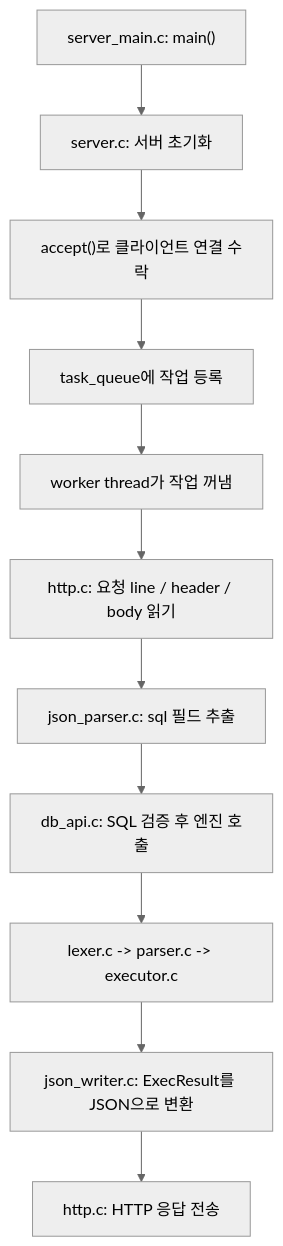
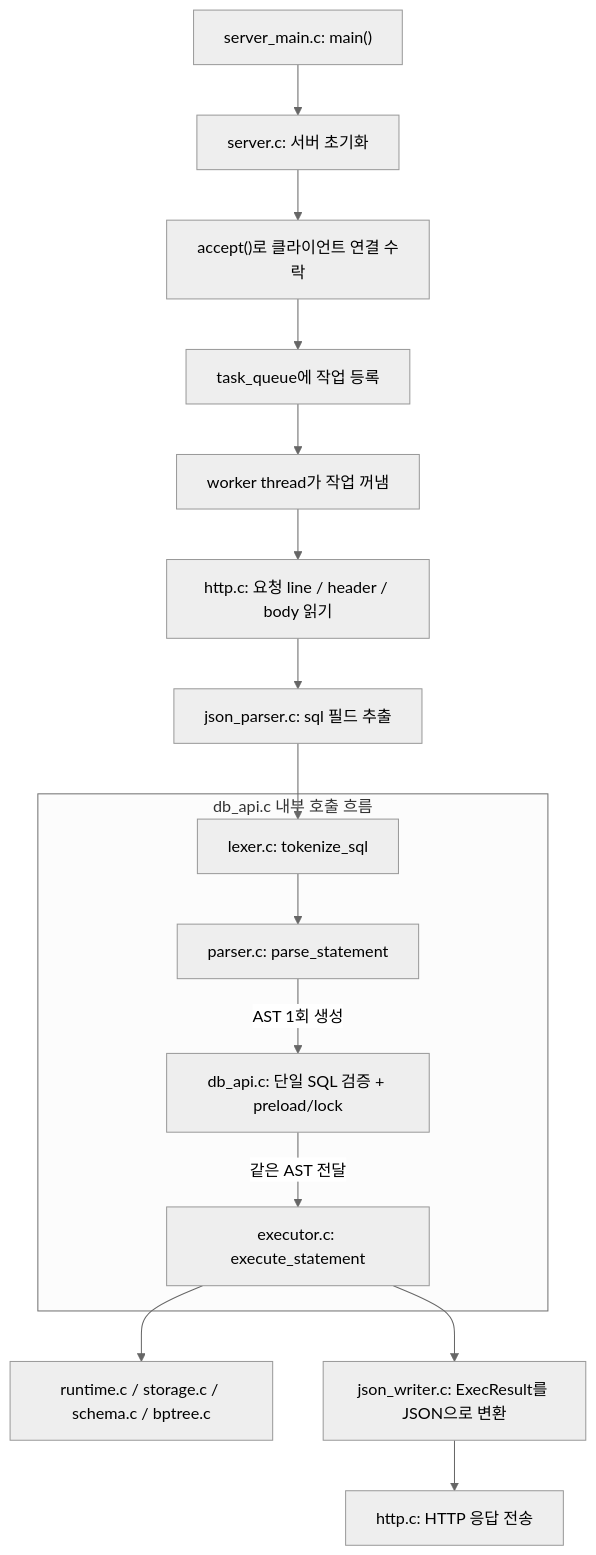
One commit to whiskend/Threaded_DB-API_Server changed the fifth of 7 diagrams in docs/전체_흐름_이해_가이드.md. Above: the diagram before and after it, drawn with Mermaid (neutral theme). The commit also changed other lines of this file, not shown here.

Commit message:
docs: clarify db api flow in guide

````diff
--- a/docs/전체_흐름_이해_가이드.md
+++ b/docs/전체_흐름_이해_가이드.md
@@ -244,16 +258,26 @@
 ```mermaid
 flowchart TD
     A["server_main.c: main()"]
     B["server.c: 서버 초기화"]
     C["accept()로 클라이언트 연결 수락"]
     D["task_queue에 작업 등록"]
     E["worker thread가 작업 꺼냄"]
     F["http.c: 요청 line / header / body 읽기"]
     G["json_parser.c: sql 필드 추출"]
-    H["db_api.c: SQL 검증 후 엔진 호출"]
-    I["lexer.c -> parser.c -> executor.c"]
+    
+    subgraph H["db_api.c 내부 호출 흐름"]
+        H1["lexer.c: tokenize_sql"]
+        H2["parser.c: parse_statement"]
+        H3["db_api.c: 단일 SQL 검증 + preload/lock"]
+        H4["executor.c: execute_statement"]
+    end
+
+    I["runtime.c / storage.c / schema.c / bptree.c"]
     J["json_writer.c: ExecResult를 JSON으로 변환"]
     K["http.c: HTTP 응답 전송"]
 
-    A --> B --> C --> D --> E --> F --> G --> H --> I --> J --> K
+    A --> B --> C --> D --> E --> F --> G --> H1 --> H2
+    H2 -->|AST 1회 생성| H3 -->|같은 AST 전달| H4
+    H4 --> I
+    H4 --> J --> K
 ```
````
